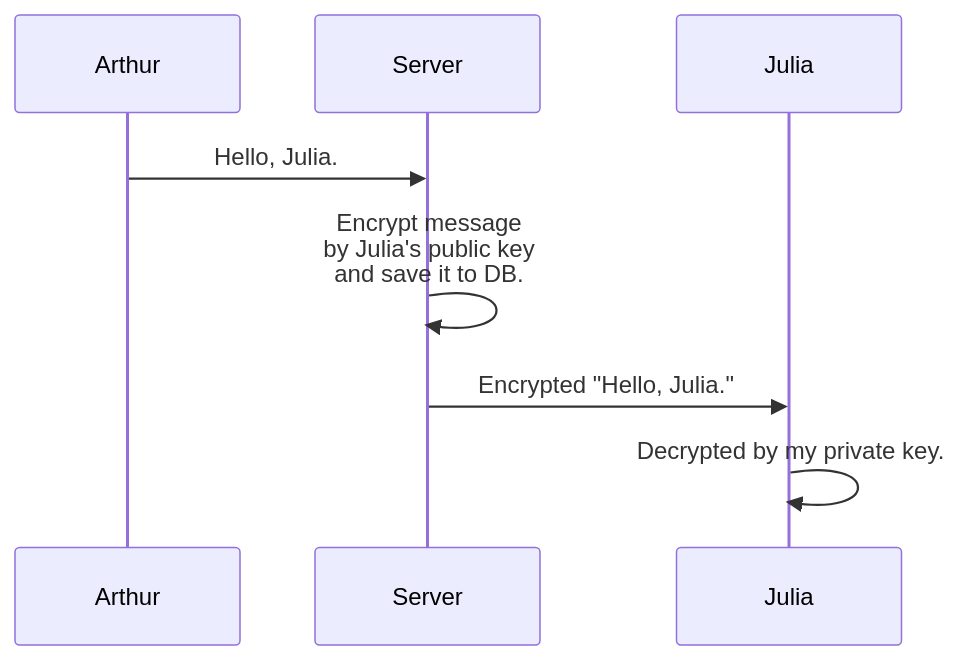
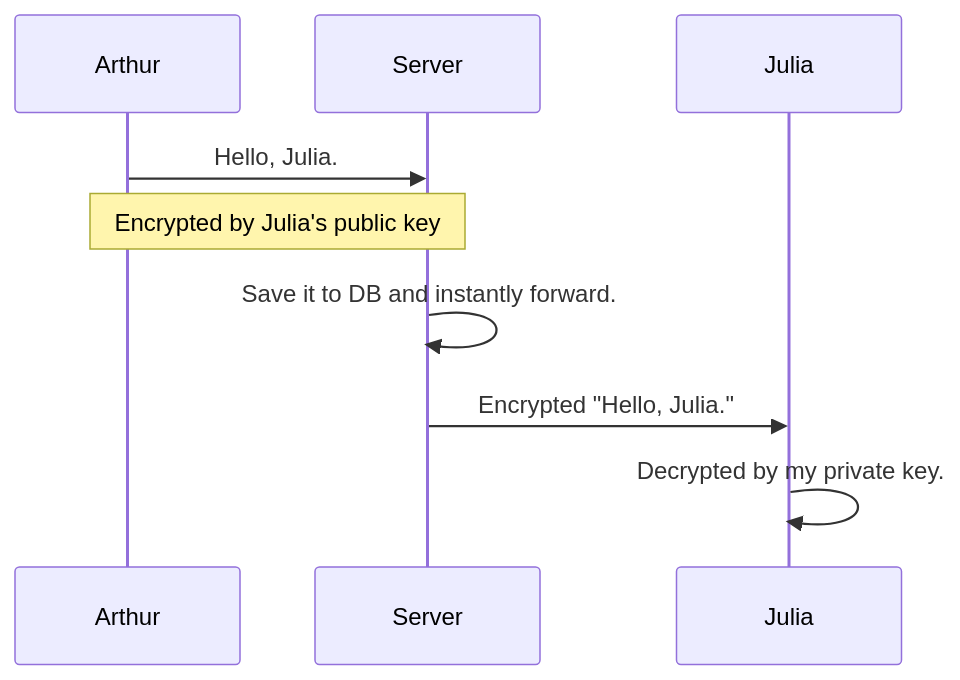
The third of 4 diagrams in README.md (liplum/ChatIsland), drawn with Mermaid before and after one commit. The commit also changed other lines of this file and 2 other files, not shown here.

````diff
--- a/README.md
+++ b/README.md
@@ -49,10 +44,11 @@
 ```mermaid
 sequenceDiagram
     participant Arthur
     participant Server
     participant Julia
     Arthur->>Server: Hello, Julia.
-    Server->>Server: Encrypt message <br/> by Julia's public key <br/> and save it to DB.
+    Note over Arthur,Server: Encrypted by Julia's public key
+    Server->>Server: Save it to DB and instantly forward.
     Server->>Julia: Encrypted "Hello, Julia."
     Julia->>Julia: Decrypted by my private key.
 ```
````
